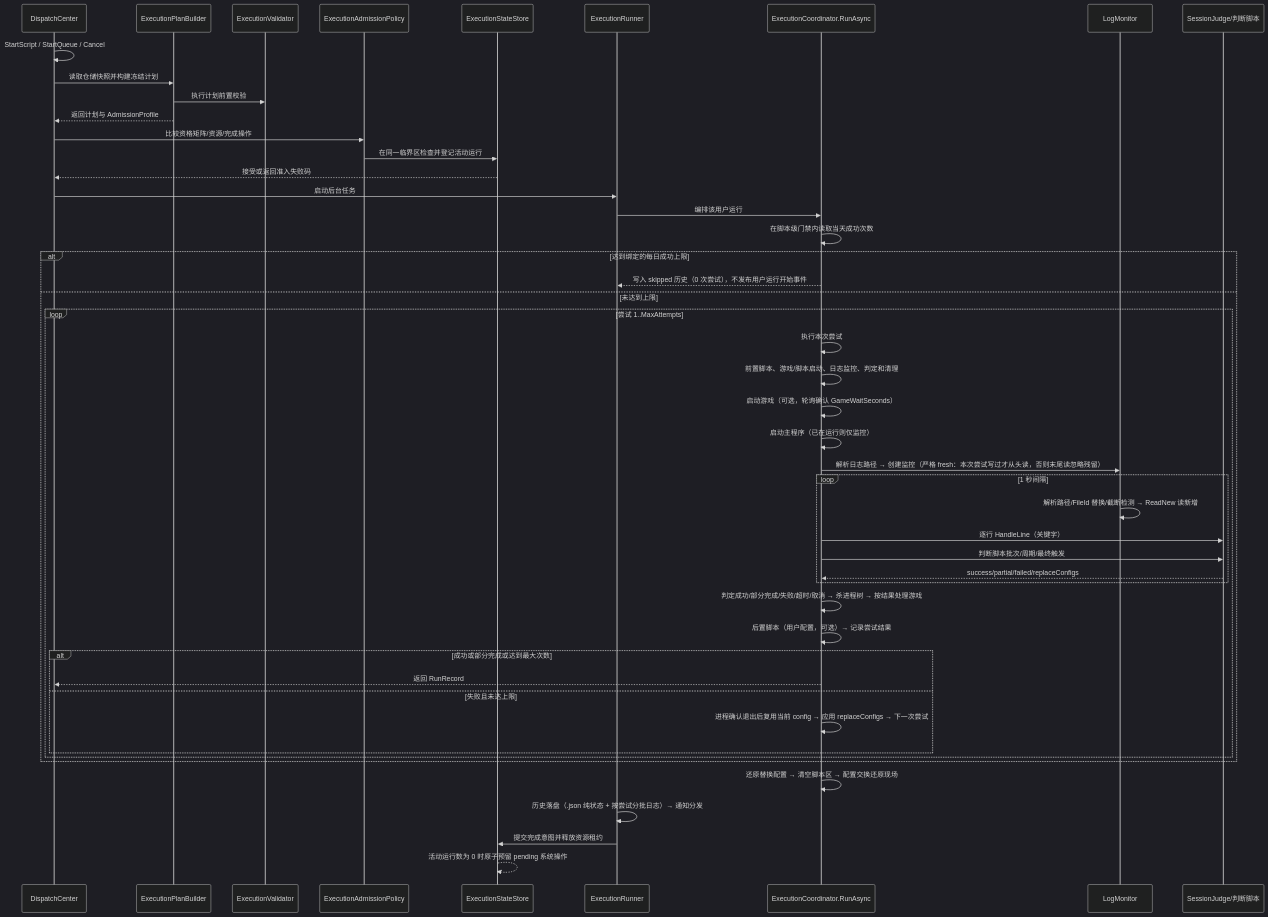
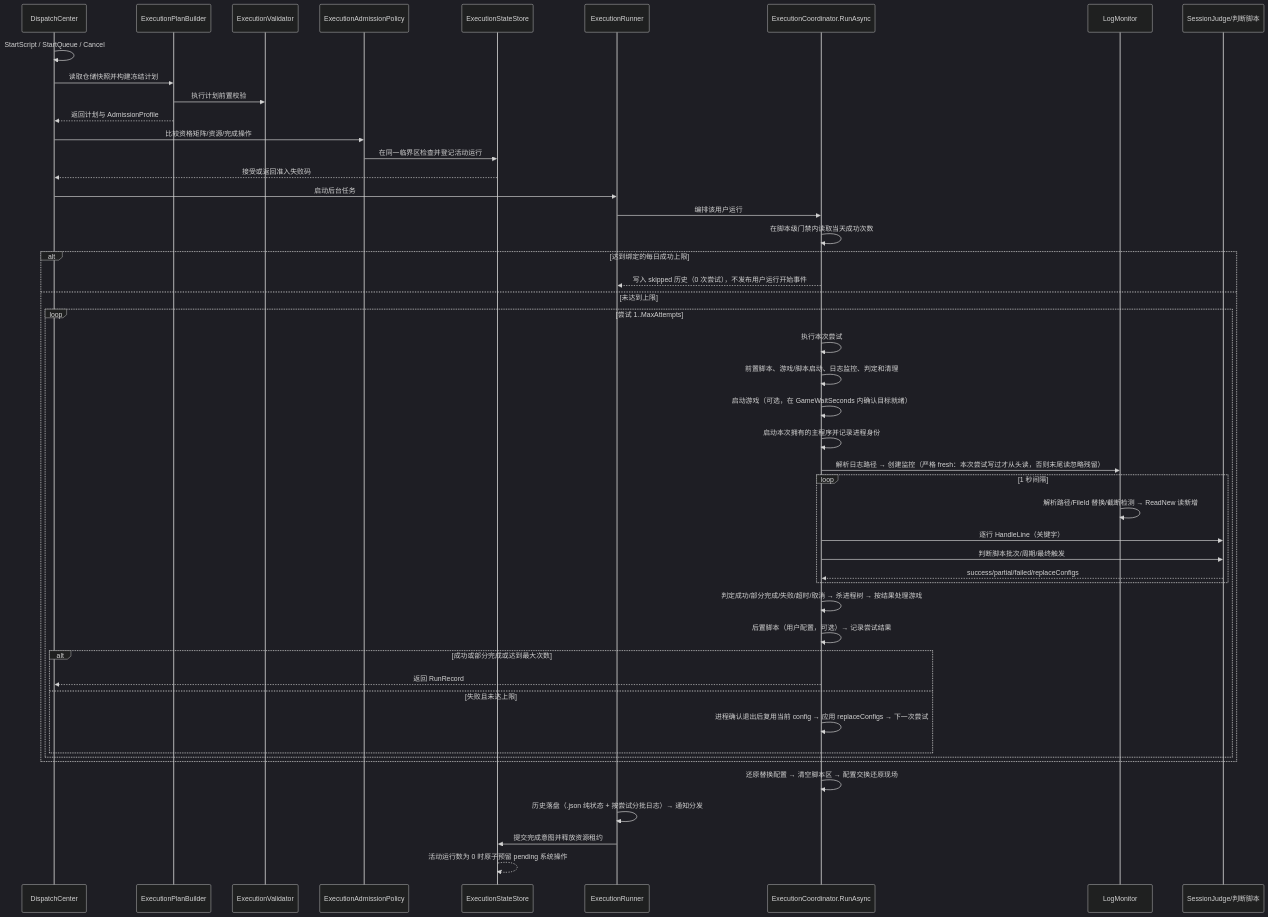
Before and after one commit to FlappiBakuse/NexusPipeline: the diagram in docs/architecture/execution.md, drawn with Mermaid (dark theme). The commit also changed other lines of this file and 259 other files, not shown here.

````diff
--- a/docs/architecture/execution.md
+++ b/docs/architecture/execution.md
@@ -13,51 +35,51 @@
 ```mermaid
 sequenceDiagram
     participant DC as DispatchCenter
     participant P as ExecutionPlanBuilder
     participant V as ExecutionValidator
     participant Q as ExecutionAdmissionPolicy
     participant E as ExecutionStateStore
     participant R as ExecutionRunner
     participant S as ExecutionCoordinator.RunAsync
     participant M as LogMonitor
     participant J as SessionJudge/判断脚本
 
     DC->>DC: StartScript / StartQueue / Cancel
     DC->>P: 读取仓储快照并构建冻结计划
     P->>V: 执行计划前置校验
     P-->>DC: 返回计划与 AdmissionProfile
     DC->>Q: 比较资格矩阵/资源/完成操作
     Q->>E: 在同一临界区检查并登记活动运行
     E-->>DC: 接受或返回准入失败码
     DC->>R: 启动后台任务
     R->>S: 编排该用户运行
     S->>S: 在脚本级门禁内读取当天成功次数
     alt 达到绑定的每日成功上限
         S-->>R: 写入 skipped 历史（0 次尝试），不发布用户运行开始事件
     else 未达到上限
     loop 尝试 1..MaxAttempts
         S->>S: 执行本次尝试
         S->>S: 前置脚本、游戏/脚本启动、日志监控、判定和清理
-        S->>S: 启动游戏（可选，轮询确认 GameWaitSeconds）
-        S->>S: 启动主程序（已在运行则仅监控）
+        S->>S: 启动游戏（可选，在 GameWaitSeconds 内确认目标就绪）
+        S->>S: 启动本次拥有的主程序并记录进程身份
         S->>M: 解析日志路径 → 创建监控（严格 fresh：本次尝试写过才从头读，否则末尾读忽略残留）
         loop 1 秒间隔
             M->>M: 解析路径/FileId 替换/截断检测 → ReadNew 读新增
             S->>J: 逐行 HandleLine（关键字）
             S->>J: 判断脚本批次/周期/最终触发
             J-->>S: success/partial/failed/replaceConfigs
         end
         S->>S: 判定成功/部分完成/失败/超时/取消 → 杀进程树 → 按结果处理游戏
         S->>S: 后置脚本（用户配置，可选）→ 记录尝试结果
         alt 成功或部分完成或达到最大次数
             S-->>DC: 返回 RunRecord
         else 失败且未达上限
             S->>S: 进程确认退出后复用当前 config → 应用 replaceConfigs → 下一次尝试
         end
     end
     end
     S->>S: 还原替换配置 → 清空脚本区 → 配置交换还原现场
     R->>R: 历史落盘（.json 纯状态 + 按尝试分批日志）→ 通知分发
     R->>E: 提交完成意图并释放资源租约
     E-->>E: 活动运行数为 0 时原子预留 pending 系统操作
 ```
````
